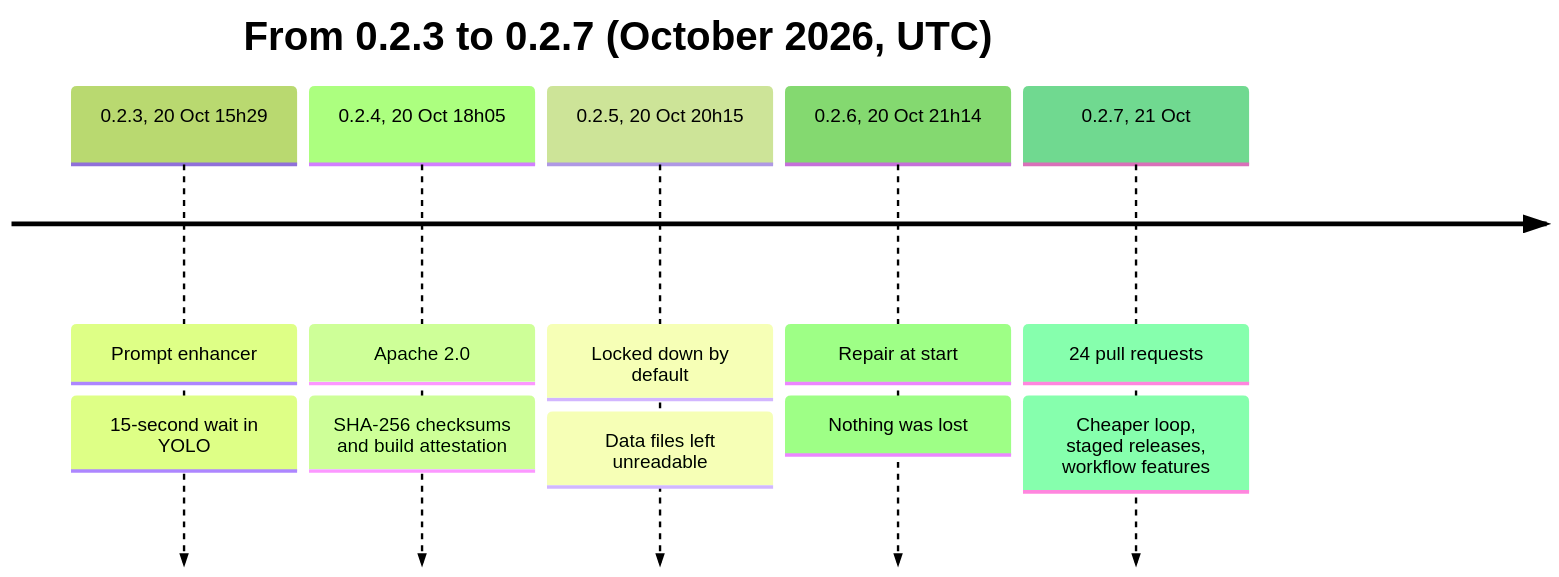
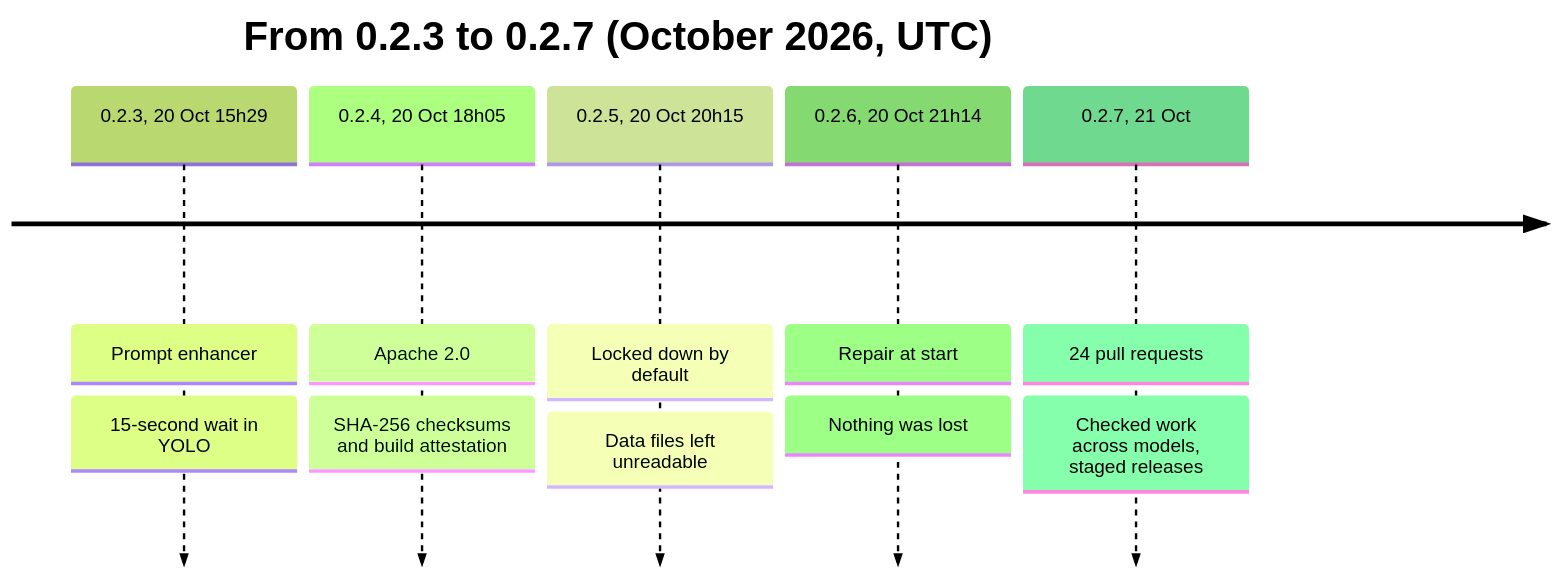
Before and after one commit to mims1234/QuorX: the first of 4 diagrams in docs/research/0.2.7-overview.md, drawn with Mermaid (forest theme). The commit also changed other lines of this file and 4 other files, not shown here.

````diff
--- a/docs/research/0.2.7-overview.md
+++ b/docs/research/0.2.7-overview.md
@@ -12,9 +14,9 @@
 ```mermaid
 timeline
     title From 0.2.3 to 0.2.7 (October 2026, UTC)
     0.2.3, 20 Oct 15h29 : Prompt enhancer : 15-second wait in YOLO
     0.2.4, 20 Oct 18h05 : Apache 2.0 : SHA-256 checksums and build attestation
     0.2.5, 20 Oct 20h15 : Locked down by default : Data files left unreadable
     0.2.6, 20 Oct 21h14 : Repair at start : Nothing was lost
-    0.2.7, 21 Oct : 24 pull requests : Cheaper loop, staged releases, workflow features
+    0.2.7, 21 Oct : 24 pull requests : Checked work across models, staged releases
 ```
````
